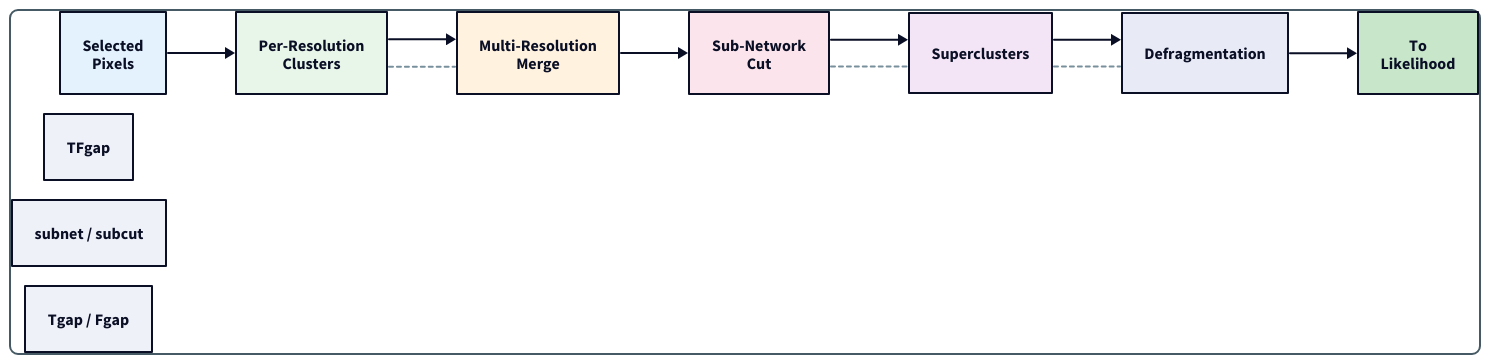
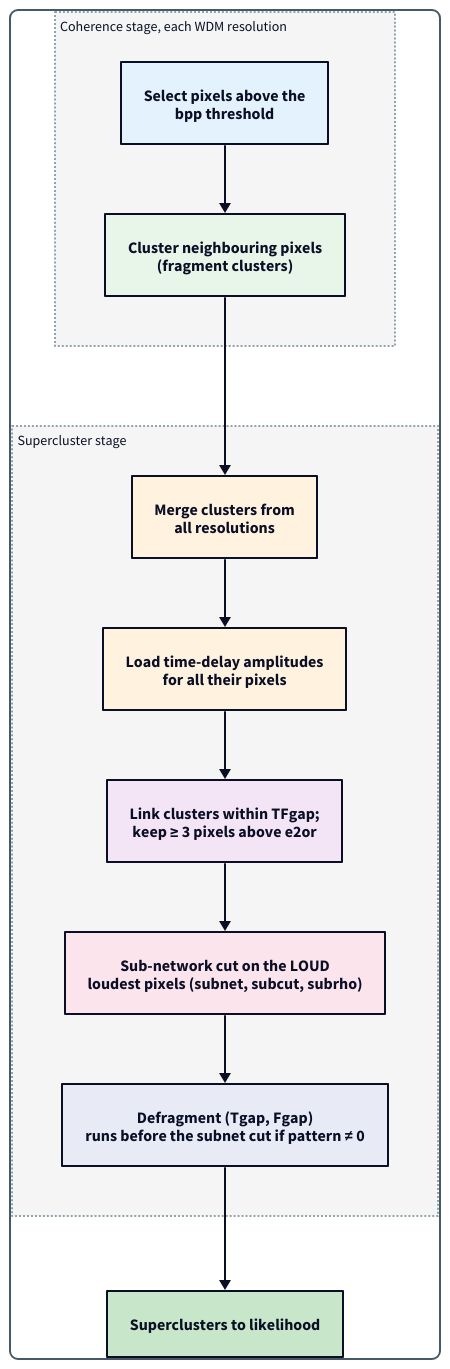
One commit to PycWB/pycwb changed the diagram in docs/source/_static/diagrams/clustering.d2. Above: the diagram before and after it, drawn with D2. The commit also changed 22 other files, not shown here.

Commit message:
docs: refresh workflow diagrams and their renderer

```diff
--- a/docs/source/_static/diagrams/clustering.d2
+++ b/docs/source/_static/diagrams/clustering.d2
@@ -1,50 +1,54 @@
-direction: right
+# Pixels to superclusters (clustering_algorithm.rst).
+# Order follows coherence_native (per resolution) and
+# super_cluster_native.super_cluster.supercluster_single_lag (all resolutions).
+direction: down
 
 vars: {
   d2-config: {
     layout-engine: elk
     theme-id: 1
+    pad: 24
   }
 }
 
 style: {
   fill: "#ffffff"
   stroke: "#455a64"
   stroke-width: 2
   border-radius: 8
   font-color: "#263238"
   font-size: 13
   shadow: true
 }
 
-"Selected\nPixels" -> "Per-Resolution\nClusters" -> "Multi-Resolution\nMerge" -> "Sub-Network\nCut" -> Superclusters -> Defragmentation -> "To\nLikelihood"
+coherence: "Coherence stage, each WDM resolution" {
+  label.near: top-left
+  style.font-size: 14
+  style.fill: "#f5f5f5"
+  style.stroke: "#90a4ae"
+  style.stroke-dash: 1
 
-"Selected\nPixels".style.fill: "#e3f2fd"
-"Per-Resolution\nClusters".style.fill: "#e8f5e9"
-"Multi-Resolution\nMerge".style.fill: "#fff3e0"
-"Sub-Network\nCut".style.fill: "#fce4ec"
-Superclusters.style.fill: "#f3e5f5"
-Defragmentation.style.fill: "#e8eaf6"
-"To\nLikelihood".style.fill: "#c8e6c9"
+  pixels: "Select pixels above the\nbpp threshold" {style.fill: "#e3f2fd"}
+  clusters: "Cluster neighbouring pixels\n(fragment clusters)" {style.fill: "#e8f5e9"}
+  pixels -> clusters
+}
 
-# Annotations
-"Per-Resolution\nClusters" -- "Multi-Resolution\nMerge": {
-  style.stroke-dash: 2
-  style.stroke: "#78909c"
-  style.font-size: 10
+supercluster: "Supercluster stage" {
+  label.near: top-left
+  style.font-size: 14
+  style.fill: "#f5f5f5"
+  style.stroke: "#90a4ae"
+  style.stroke-dash: 1
+
+  merge: "Merge clusters from\nall resolutions" {style.fill: "#fff3e0"}
+  td: "Load time-delay amplitudes\nfor all their pixels" {style.fill: "#fff3e0"}
+  linking: "Link clusters within TFgap;\nkeep ≥ 3 pixels above e2or" {style.fill: "#f3e5f5"}
+  subnet: "Sub-network cut on the LOUD\nloudest pixels (subnet, subcut, subrho)" {style.fill: "#fce4ec"}
+  defrag: "Defragment (Tgap, Fgap)\nruns before the subnet cut if pattern ≠ 0" {style.fill: "#e8eaf6"}
+  merge -> td -> linking -> subnet -> defrag
 }
-"TFgap"
 
-"Sub-Network\nCut" -- Superclusters: {
-  style.stroke-dash: 2
-  style.stroke: "#78909c"
-  style.font-size: 10
-}
-"subnet / subcut"
+likelihood: "Superclusters to likelihood" {style.fill: "#c8e6c9"}
 
-Superclusters -- Defragmentation: {
-  style.stroke-dash: 2
-  style.stroke: "#78909c"
-  style.font-size: 10
-}
-"Tgap / Fgap"
+coherence.clusters -> supercluster.merge
+supercluster.defrag -> likelihood
```
